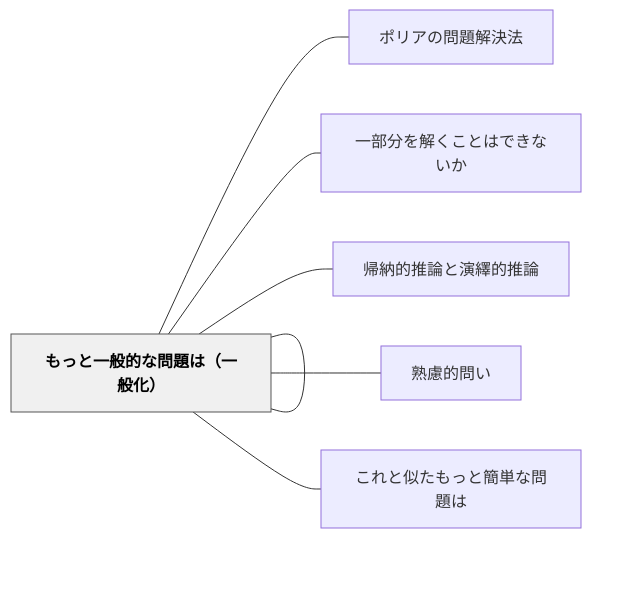
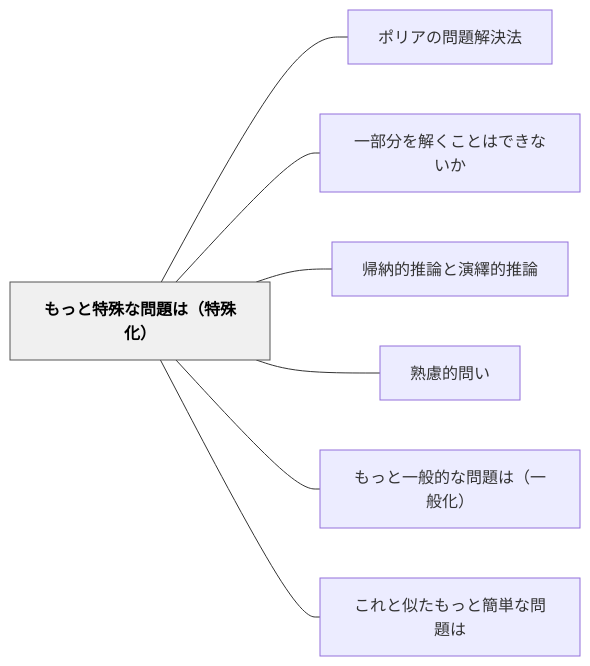
Before and after one commit to unknownthings-ed-patterns/unknownthings-ed-patterns: the diagram in content/パタン/もっと特殊な問題は（特殊化）.md, drawn with Mermaid. The commit also changed 527 other files, not shown here.

````diff
--- a/content/パタン/もっと特殊な問題は（特殊化）.md
+++ b/content/パタン/もっと特殊な問題は（特殊化）.md
@@ -55,20 +55,20 @@
 ```mermaid
 flowchart LR
-    ne38282e381a3["もっと特殊な問題は（特殊化）"]
-    ne3839de383aa["ポリアの問題解決法"]
-    ne4b880e983a8["一部分を解くことはできないか"]
-    ne5b8b0e7b48d["帰納的推論と演繹的推論"]
-    ne7869fe685ae["熟慮的問い"]
-    ne38282e381a3["もっと一般的な問題は（一般化）"]
-    ne38193e3828c["これと似たもっと簡単な問題は"]
+    ne38282e381a3e381a8e789b9e6ae8ae381aae5958fe9a18ce381afefbc88e789b9e6ae8ae58c96efbc89["もっと特殊な問題は（特殊化）"]
+    ne3839de383aae382a2e381aee5958fe9a18ce8a7a3e6b1bae6b395["ポリアの問題解決法"]
+    ne4b880e983a8e58886e38292e8a7a3e3818fe38193e381a8e381afe381a7e3818de381aae38184e3818b["一部分を解くことはできないか"]
+    ne5b8b0e7b48de79a84e68ea8e8ab96e381a8e6bc94e7b9b9e79a84e68ea8e8ab96["帰納的推論と演繹的推論"]
+    ne7869fe685aee79a84e5958fe38184["熟慮的問い"]
+    ne38282e381a3e381a8e4b880e888ace79a84e381aae5958fe9a18ce381afefbc88e4b880e888ace58c96efbc89["もっと一般的な問題は（一般化）"]
+    ne38193e3828ce381a8e4bcbce3819fe38282e381a3e381a8e7b0a1e58d98e381aae5958fe9a18ce381af["これと似たもっと簡単な問題は"]
 
-    ne38282e381a3 --- ne3839de383aa
-    ne38282e381a3 --- ne4b880e983a8
-    ne38282e381a3 --- ne5b8b0e7b48d
-    ne38282e381a3 --- ne7869fe685ae
-    ne38282e381a3 --- ne38282e381a3
-    ne38282e381a3 --- ne38193e3828c
+    ne38282e381a3e381a8e789b9e6ae8ae381aae5958fe9a18ce381afefbc88e789b9e6ae8ae58c96efbc89 --- ne3839de383aae382a2e381aee5958fe9a18ce8a7a3e6b1bae6b395
+    ne38282e381a3e381a8e789b9e6ae8ae381aae5958fe9a18ce381afefbc88e789b9e6ae8ae58c96efbc89 --- ne4b880e983a8e58886e38292e8a7a3e3818fe38193e381a8e381afe381a7e3818de381aae38184e3818b
+    ne38282e381a3e381a8e789b9e6ae8ae381aae5958fe9a18ce381afefbc88e789b9e6ae8ae58c96efbc89 --- ne5b8b0e7b48de79a84e68ea8e8ab96e381a8e6bc94e7b9b9e79a84e68ea8e8ab96
+    ne38282e381a3e381a8e789b9e6ae8ae381aae5958fe9a18ce381afefbc88e789b9e6ae8ae58c96efbc89 --- ne7869fe685aee79a84e5958fe38184
+    ne38282e381a3e381a8e789b9e6ae8ae381aae5958fe9a18ce381afefbc88e789b9e6ae8ae58c96efbc89 --- ne38282e381a3e381a8e4b880e888ace79a84e381aae5958fe9a18ce381afefbc88e4b880e888ace58c96efbc89
+    ne38282e381a3e381a8e789b9e6ae8ae381aae5958fe9a18ce381afefbc88e789b9e6ae8ae58c96efbc89 --- ne38193e3828ce381a8e4bcbce3819fe38282e381a3e381a8e7b0a1e58d98e381aae5958fe9a18ce381af
 
     classDef hub fill:#f0f0f0,stroke:#555,color:#000,font-weight:bold
-    class ne38282e381a3 hub
+    class ne38282e381a3e381a8e789b9e6ae8ae381aae5958fe9a18ce381afefbc88e789b9e6ae8ae58c96efbc89 hub
 ```
````
